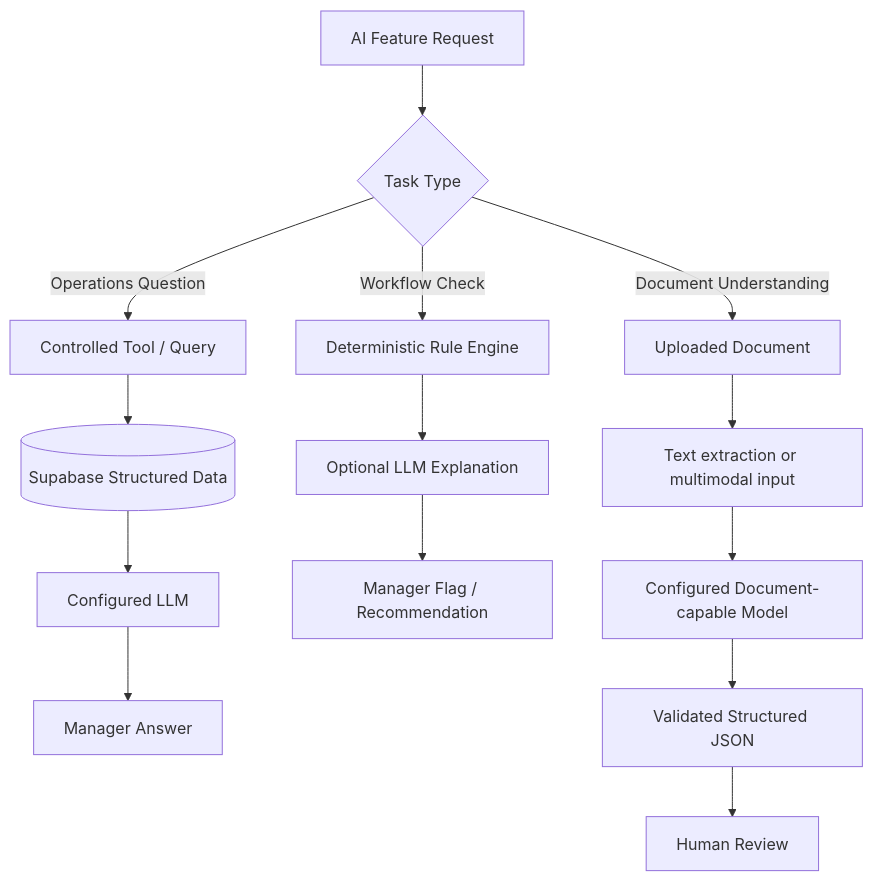
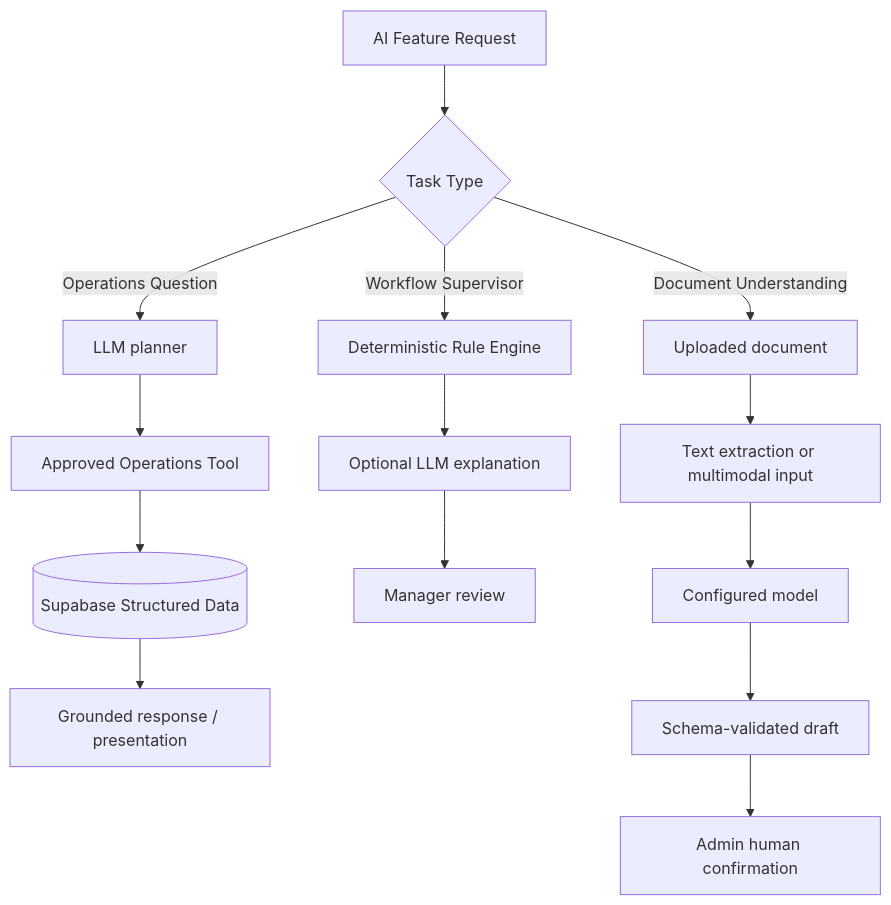
The fourth of 5 diagrams in README.md (wong001110/sejukops-assessment), drawn with Mermaid before and after one commit. The commit also changed other lines of this file and 2 other files, not shown here.

````diff
--- a/README.md
+++ b/README.md
@@ -291,19 +264,19 @@
 ```mermaid
 flowchart TB
     Q[AI Feature Request] --> K{Task Type}
 
-    K -->|Operations Question| O[Controlled Tool / Query]
-    O --> DB[(Supabase Structured Data)]
-    DB --> L[Configured LLM]
-    L --> R[Manager Answer]
+    K -->|Operations Question| O[LLM planner]
+    O --> T[Approved Operations Tool]
+    T --> DB[(Supabase Structured Data)]
+    DB --> R[Grounded response / presentation]
 
-    K -->|Workflow Check| W[Deterministic Rule Engine]
-    W --> X[Optional LLM Explanation]
-    X --> F[Manager Flag / Recommendation]
+    K -->|Workflow Supervisor| W[Deterministic Rule Engine]
+    W --> X[Optional LLM explanation]
+    X --> H[Manager review]
 
-    K -->|Document Understanding| D[Uploaded Document]
+    K -->|Document Understanding| D[Uploaded document]
     D --> E[Text extraction or multimodal input]
-    E --> V[Configured Document-capable Model]
-    V --> J[Validated Structured JSON]
-    J --> H[Human Review]
+    E --> V[Configured model]
+    V --> J[Schema-validated draft]
+    J --> H2[Admin human confirmation]
 ```
````
